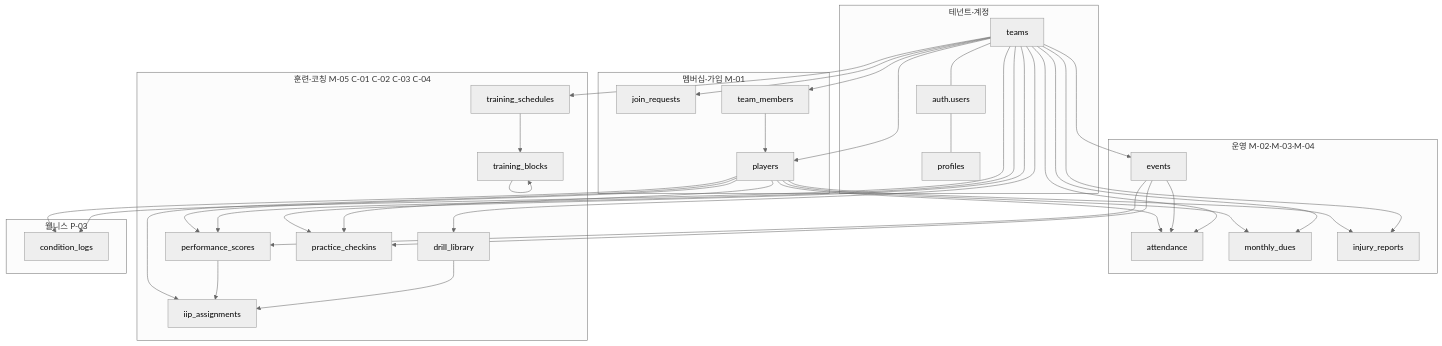
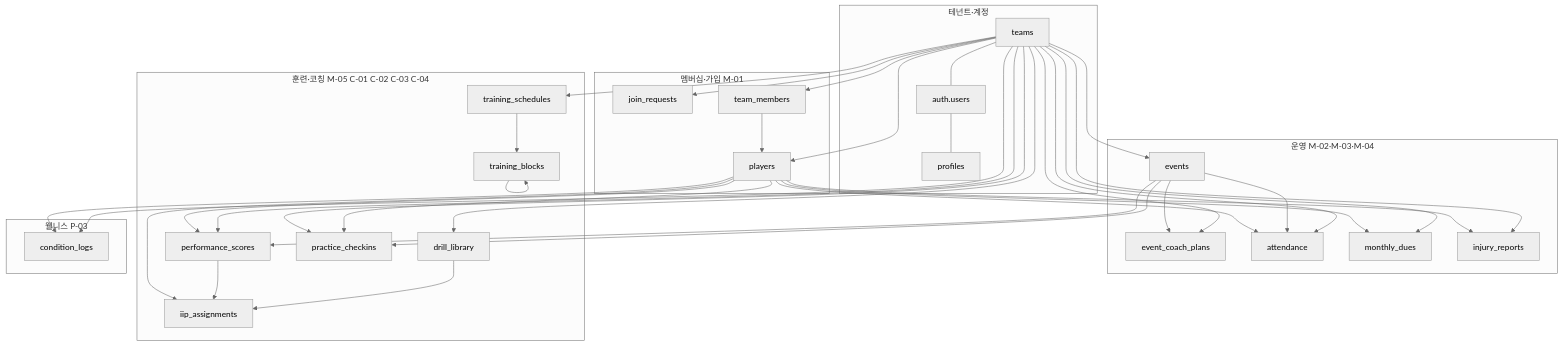
Before and after one commit to greatgiho/PLAYPROVE_TEAM: the second of 2 diagrams in database/ERD.md, drawn with Mermaid (neutral theme). The commit also changed other lines of this file and 77 other files, not shown here.

First line of the commit message:
release: training events, coach plans, attendance bubbles, demo auth (v1.1.0)

````diff
--- a/database/ERD.md
+++ b/database/ERD.md
@@ -187,63 +200,66 @@
 ```mermaid
 flowchart TB
   subgraph TENANT["테넌트·계정"]
     T[teams]
     P[profiles]
     AU[auth.users]
     AU --- P
     T --- AU
   end
 
   subgraph MEMBER["멤버십·가입 M-01"]
     JR[join_requests]
     TM[team_members]
     PL[players]
     T --> JR
     T --> TM
     T --> PL
     TM --> PL
   end
 
   subgraph OPS["운영 M-02·M-03·M-04"]
     EV[events]
+    ECP[event_coach_plans]
     AT[attendance]
     MD[monthly_dues]
     INJ[injury_reports]
     T --> EV
+    T --> ECP
+    EV --> ECP
     T --> AT
     T --> MD
     T --> INJ
     EV --> AT
     PL --> AT
     PL --> MD
     PL --> INJ
   end
 
   subgraph COACH["훈련·코칭 M-05 C-01 C-02 C-03 C-04"]
     TS[training_schedules]
     TB[training_blocks]
     DL[drill_library]
     PS[performance_scores]
     IIP[iip_assignments]
     PC[practice_checkins]
     T --> TS
     TS --> TB
     TB --> TB
     T --> DL
     T --> PS
     PL --> PS
     EV --> PS
     DL --> IIP
     PS --> IIP
     PL --> IIP
     PL --> PC
     EV --> PC
     T --> PC
   end
 
   subgraph WELL["웰니스 P-03"]
     CL[condition_logs]
     T --> CL
     PL --> CL
   end
 ```
````
